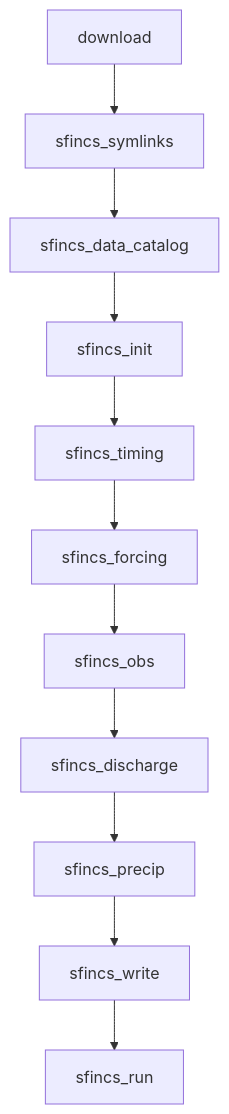
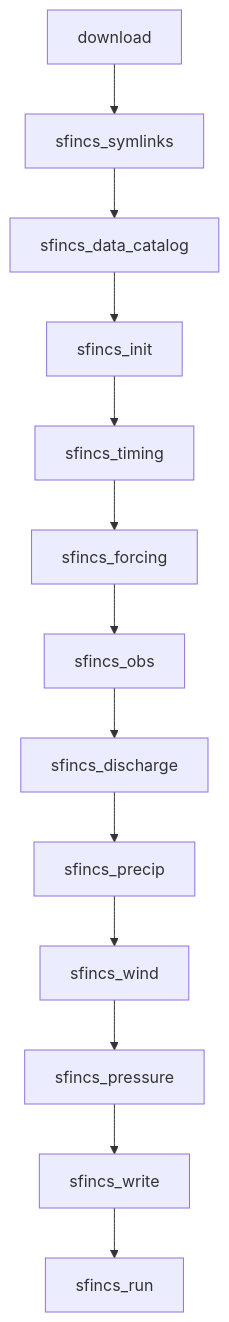
One commit to NGWPC/nwm-coastal changed the third of 5 diagrams in DESIGN.md. Above: the diagram before and after it, drawn with Mermaid. The commit also changed other lines of this file and 5 other files, not shown here.

````diff
--- a/DESIGN.md
+++ b/DESIGN.md
@@ -360,13 +361,15 @@
 ```mermaid
 flowchart TD
     A[download] --> B[sfincs_symlinks]
     B --> C[sfincs_data_catalog]
     C --> D[sfincs_init]
     D --> E[sfincs_timing]
     E --> F[sfincs_forcing]
     F --> G[sfincs_obs]
     G --> H[sfincs_discharge]
     H --> I[sfincs_precip]
-    I --> J[sfincs_write]
-    J --> K[sfincs_run]
+    I --> J[sfincs_wind]
+    J --> K[sfincs_pressure]
+    K --> L[sfincs_write]
+    L --> M[sfincs_run]
 ```
````
